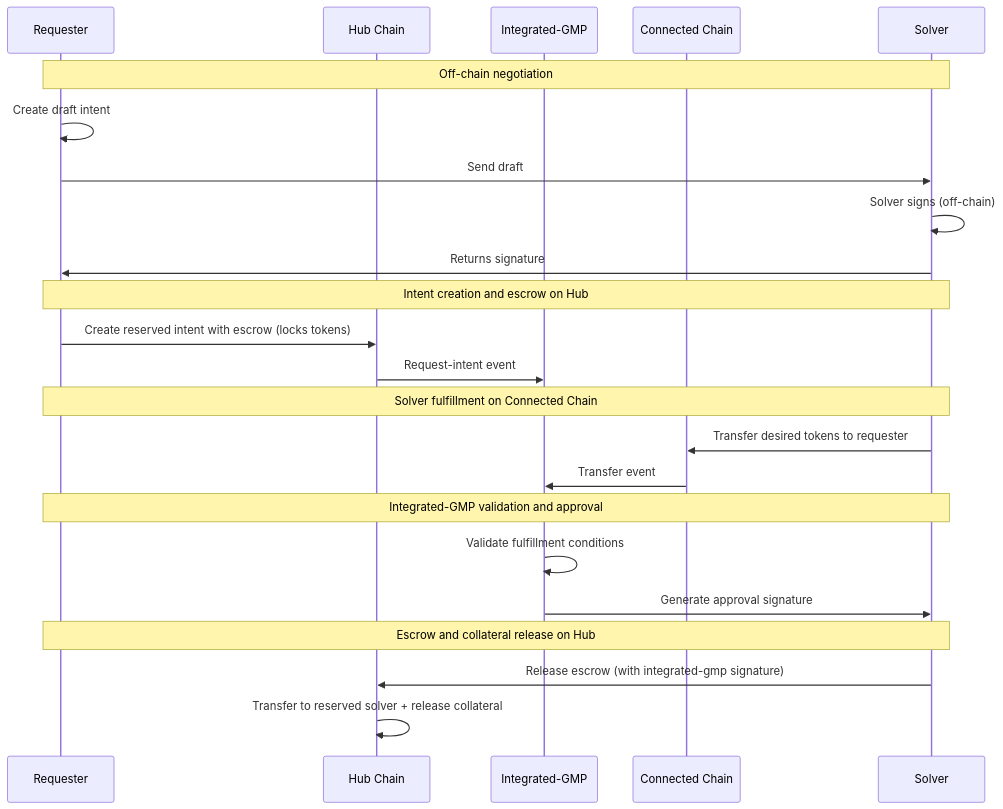
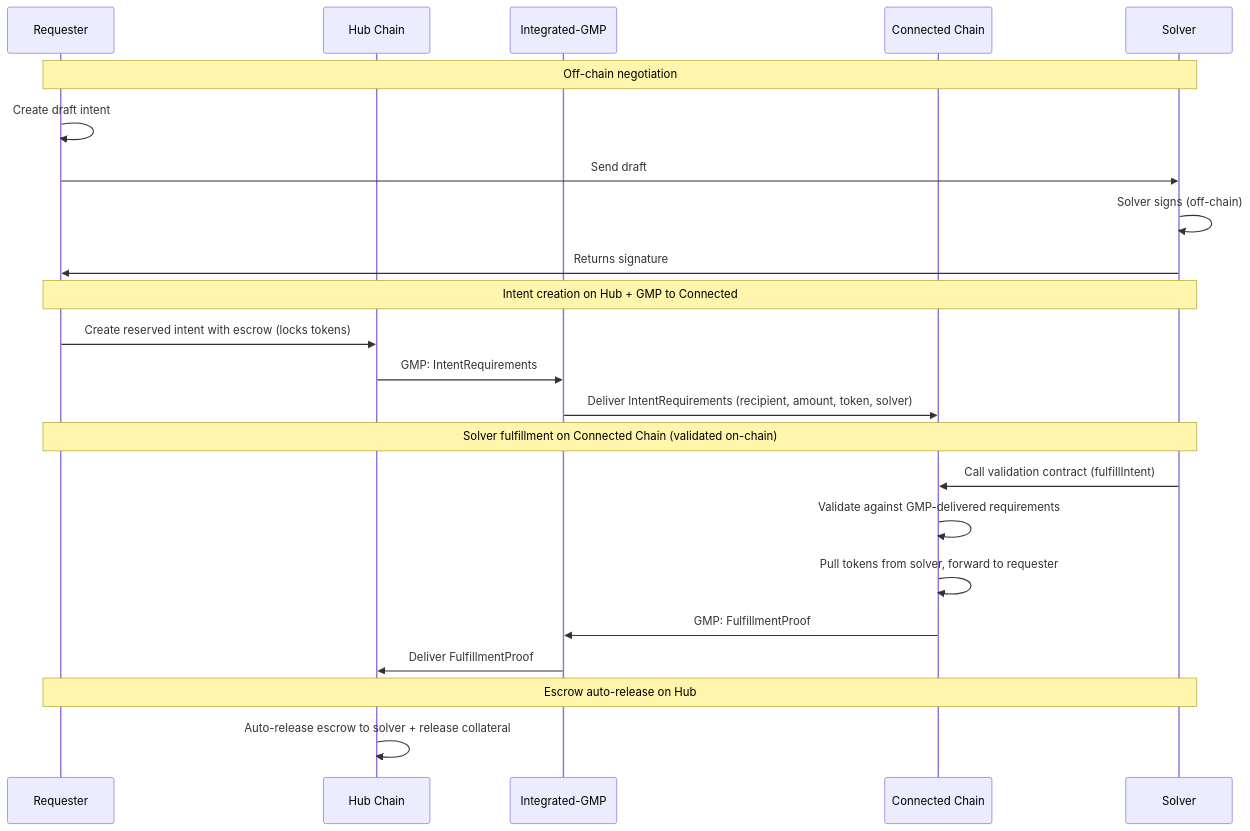
Before and after one commit to MoveIndustries/int3nts: the diagram in docs/architecture/conception/conception_outflow.md, drawn with Mermaid. The commit also changed other lines of this file and 16 other files, not shown here.

First line of the commit message:
docs: update architecture docs to reflect GMP message-based validation pattern

````diff
--- a/docs/architecture/conception/conception_outflow.md
+++ b/docs/architecture/conception/conception_outflow.md
@@ -15,30 +15,29 @@
 ```mermaid
 sequenceDiagram
     participant Requester
     participant Hub as Hub Chain
     participant IntegratedGMP as Integrated-GMP
     participant Connected as Connected Chain
     participant Solver
 
     Note over Requester,Solver: Off-chain negotiation
     Requester->>Requester: Create draft intent
     Requester->>Solver: Send draft
     Solver->>Solver: Solver signs (off-chain)
     Solver->>Requester: Returns signature
 
-    Note over Requester,Solver: Intent creation and escrow on Hub
+    Note over Requester,Solver: Intent creation on Hub + GMP to Connected
     Requester->>Hub: Create reserved intent with escrow (locks tokens)
-    Hub->>IntegratedGMP: Request-intent event
+    Hub->>IntegratedGMP: GMP: IntentRequirements
+    IntegratedGMP->>Connected: Deliver IntentRequirements (recipient, amount, token, solver)
 
-    Note over Requester,Solver: Solver fulfillment on Connected Chain
-    Solver->>Connected: Transfer desired tokens to requester
-    Connected->>IntegratedGMP: Transfer event
+    Note over Requester,Solver: Solver fulfillment on Connected Chain (validated on-chain)
+    Solver->>Connected: Call validation contract (fulfillIntent)
+    Connected->>Connected: Validate against GMP-delivered requirements
+    Connected->>Connected: Pull tokens from solver, forward to requester
+    Connected->>IntegratedGMP: GMP: FulfillmentProof
+    IntegratedGMP->>Hub: Deliver FulfillmentProof
 
-    Note over Requester,Solver: Integrated-GMP validation and approval
-    IntegratedGMP->>IntegratedGMP: Validate fulfillment conditions
-    IntegratedGMP->>Solver: Generate approval signature
-
-    Note over Requester,Solver: Escrow and collateral release on Hub
-    Solver->>Hub: Release escrow (with integrated-gmp signature)
-    Hub->>Hub: Transfer to reserved solver + release collateral
+    Note over Requester,Solver: Escrow auto-release on Hub
+    Hub->>Hub: Auto-release escrow to solver + release collateral
 ```
````
